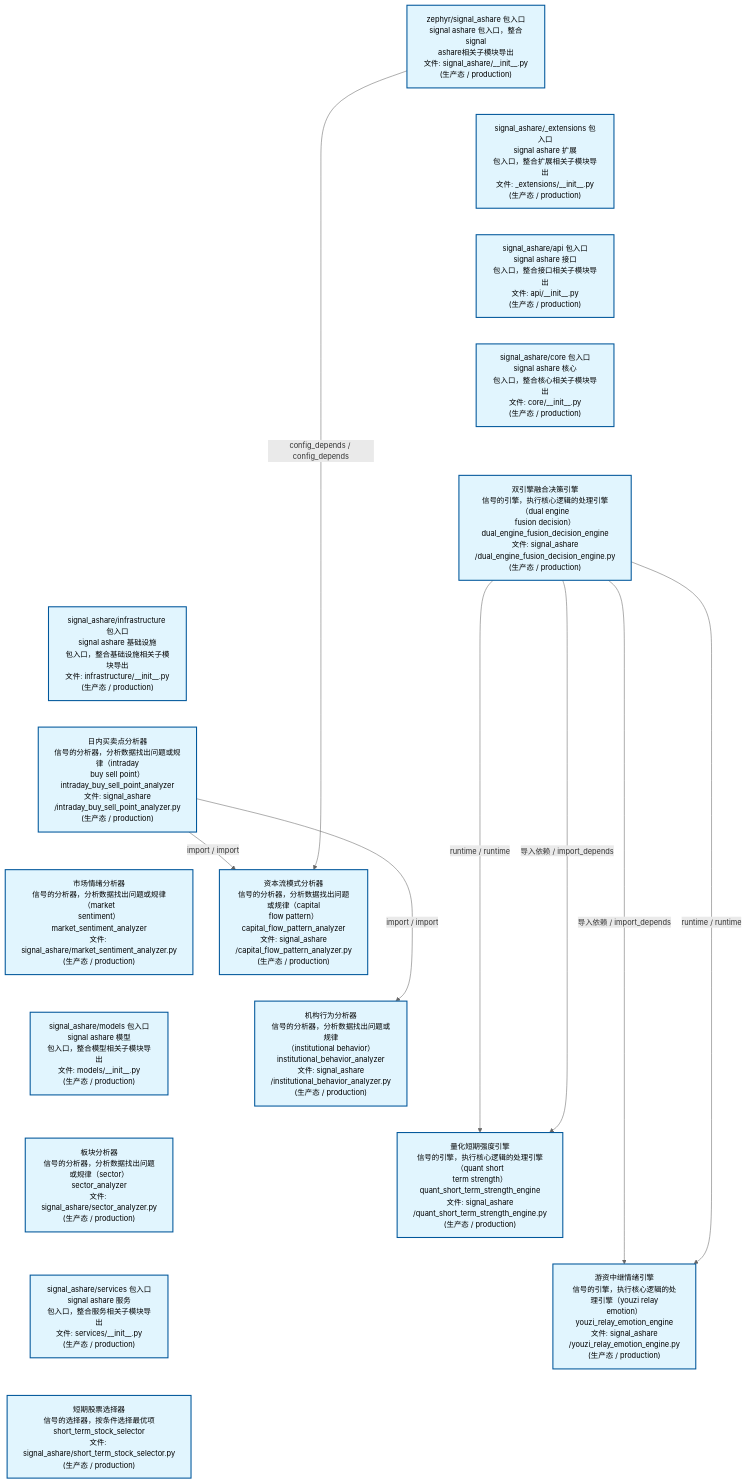
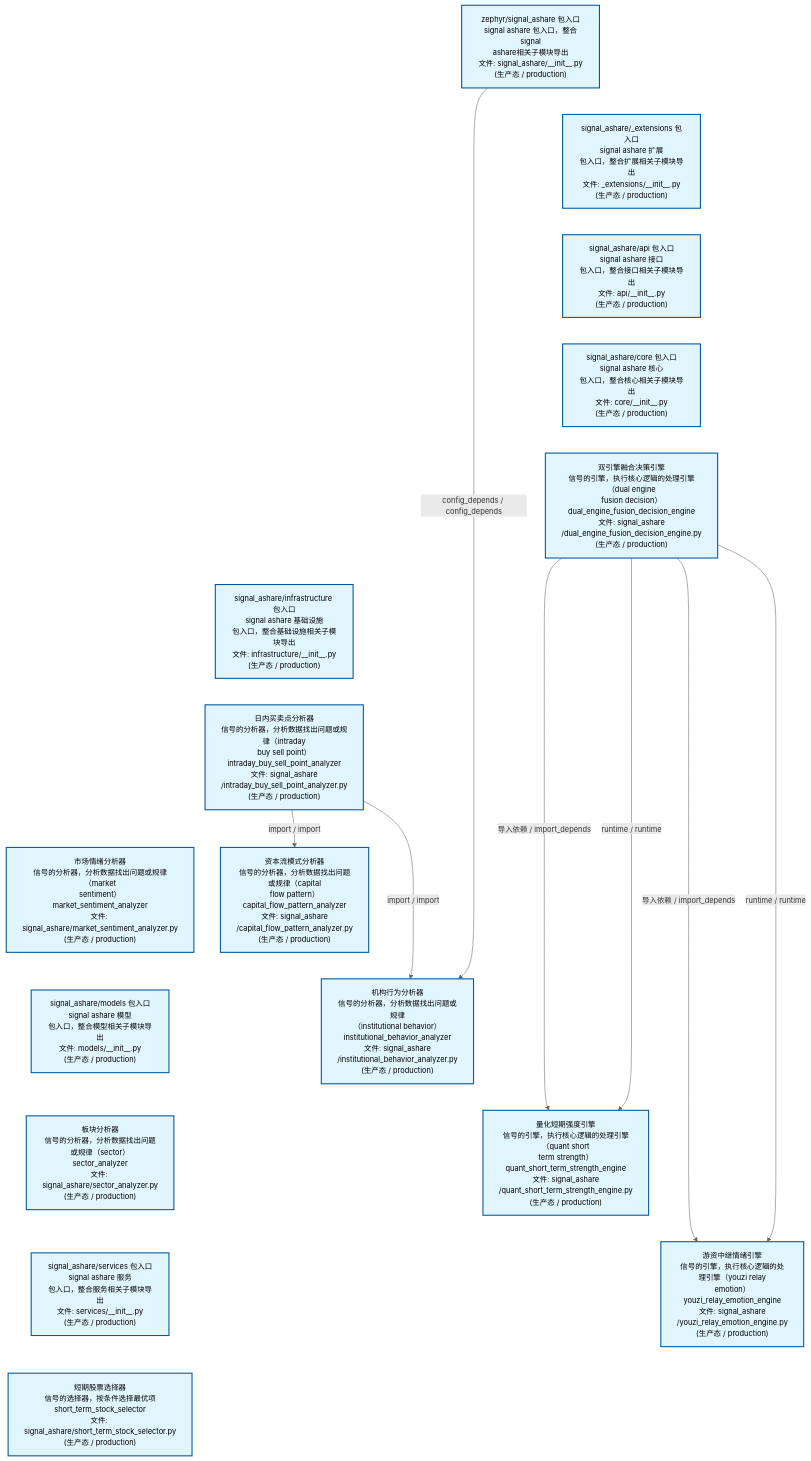
One commit to xuanFelixVan/ZephyrAlpha changed the second of 4 diagrams in docs/02_enterprise_architecture/02_domain_architecture_docs/32_d_ashare_signal.md. Above: the diagram before and after it, drawn with Mermaid. The commit also changed other lines of this file and 147 other files, not shown here.

````diff
--- a/docs/02_enterprise_architecture/02_domain_architecture_docs/32_d_ashare_signal.md
+++ b/docs/02_enterprise_architecture/02_domain_architecture_docs/32_d_ashare_signal.md
@@ -114,46 +114,46 @@
 ```mermaid
 %%{init: {'theme': 'base', 'themeVariables': {'primaryColor': '#eaeaea', 'primaryTextColor': '#333333', 'primaryBorderColor': '#666666', 'lineColor': '#666666', 'secondaryColor': '#eaeaea', 'tertiaryColor': '#eaeaea', 'fontSize': '14px'}}}%%
 flowchart TD
     src_zephyr_signal_ashare_init_py["zephyr/signal_ashare 包入口<br/>signal ashare 包入口，整合signal<br/>ashare相关子模块导出<br/>文件: signal_ashare/__init__.py<br/>(生产态 / production)"]
     src_zephyr_signal_ashare_extensions_init_py["signal_ashare/_extensions 包入口<br/>signal ashare 扩展<br/>包入口，整合扩展相关子模块导出<br/>文件: _extensions/__init__.py<br/>(生产态 / production)"]
     src_zephyr_signal_ashare_api_init_py["signal_ashare/api 包入口<br/>signal ashare 接口<br/>包入口，整合接口相关子模块导出<br/>文件: api/__init__.py<br/>(生产态 / production)"]
     src_zephyr_signal_ashare_core_init_py["signal_ashare/core 包入口<br/>signal ashare 核心<br/>包入口，整合核心相关子模块导出<br/>文件: core/__init__.py<br/>(生产态 / production)"]
     src_zephyr_signal_ashare_dual_engine_fusion_decision_engine_py["双引擎融合决策引擎<br/>信号的引擎，执行核心逻辑的处理引擎（dual engine<br/>fusion decision）<br/>dual_engine_fusion_decision_engine<br/>文件: signal_ashare<br/>/dual_engine_fusion_decision_engine.py<br/>(生产态 / production)"]
     src_zephyr_signal_ashare_infrastructure_init_py["signal_ashare/infrastructure 包入口<br/>signal ashare 基础设施<br/>包入口，整合基础设施相关子模块导出<br/>文件: infrastructure/__init__.py<br/>(生产态 / production)"]
     src_zephyr_signal_ashare_intraday_buy_sell_point_analyzer_py["日内买卖点分析器<br/>信号的分析器，分析数据找出问题或规律（intraday<br/>buy sell point）<br/>intraday_buy_sell_point_analyzer<br/>文件: signal_ashare<br/>/intraday_buy_sell_point_analyzer.py<br/>(生产态 / production)"]
     src_zephyr_signal_ashare_market_sentiment_analyzer_py["市场情绪分析器<br/>信号的分析器，分析数据找出问题或规律（market<br/>sentiment）<br/>market_sentiment_analyzer<br/>文件: signal_ashare/market_sentiment_analyzer.py<br/>(生产态 / production)"]
     src_zephyr_signal_ashare_models_init_py["signal_ashare/models 包入口<br/>signal ashare 模型<br/>包入口，整合模型相关子模块导出<br/>文件: models/__init__.py<br/>(生产态 / production)"]
     src_zephyr_signal_ashare_sector_analyzer_py["板块分析器<br/>信号的分析器，分析数据找出问题或规律（sector）<br/>sector_analyzer<br/>文件: signal_ashare/sector_analyzer.py<br/>(生产态 / production)"]
     src_zephyr_signal_ashare_services_init_py["signal_ashare/services 包入口<br/>signal ashare 服务<br/>包入口，整合服务相关子模块导出<br/>文件: services/__init__.py<br/>(生产态 / production)"]
     src_zephyr_signal_ashare_short_term_stock_selector_py["短期股票选择器<br/>信号的选择器，按条件选择最优项<br/>short_term_stock_selector<br/>文件: signal_ashare/short_term_stock_selector.py<br/>(生产态 / production)"]
     src_zephyr_signal_ashare_init_py ~~~ src_zephyr_signal_ashare_extensions_init_py
     src_zephyr_signal_ashare_extensions_init_py ~~~ src_zephyr_signal_ashare_api_init_py
     src_zephyr_signal_ashare_api_init_py ~~~ src_zephyr_signal_ashare_core_init_py
     src_zephyr_signal_ashare_core_init_py ~~~ src_zephyr_signal_ashare_dual_engine_fusion_decision_engine_py
     src_zephyr_signal_ashare_dual_engine_fusion_decision_engine_py ~~~ src_zephyr_signal_ashare_infrastructure_init_py
     src_zephyr_signal_ashare_infrastructure_init_py ~~~ src_zephyr_signal_ashare_intraday_buy_sell_point_analyzer_py
     src_zephyr_signal_ashare_intraday_buy_sell_point_analyzer_py ~~~ src_zephyr_signal_ashare_market_sentiment_analyzer_py
     src_zephyr_signal_ashare_market_sentiment_analyzer_py ~~~ src_zephyr_signal_ashare_models_init_py
     src_zephyr_signal_ashare_models_init_py ~~~ src_zephyr_signal_ashare_sector_analyzer_py
     src_zephyr_signal_ashare_sector_analyzer_py ~~~ src_zephyr_signal_ashare_services_init_py
     src_zephyr_signal_ashare_services_init_py ~~~ src_zephyr_signal_ashare_short_term_stock_selector_py
     src_zephyr_signal_ashare_capital_flow_pattern_analyzer_py["资本流模式分析器<br/>信号的分析器，分析数据找出问题或规律（capital<br/>flow pattern）<br/>capital_flow_pattern_analyzer<br/>文件: signal_ashare<br/>/capital_flow_pattern_analyzer.py<br/>(生产态 / production)"]
     src_zephyr_signal_ashare_institutional_behavior_analyzer_py["机构行为分析器<br/>信号的分析器，分析数据找出问题或规律<br/>（institutional behavior）<br/>institutional_behavior_analyzer<br/>文件: signal_ashare<br/>/institutional_behavior_analyzer.py<br/>(生产态 / production)"]
     src_zephyr_signal_ashare_quant_short_term_strength_engine_py["量化短期强度引擎<br/>信号的引擎，执行核心逻辑的处理引擎（quant short<br/>term strength）<br/>quant_short_term_strength_engine<br/>文件: signal_ashare<br/>/quant_short_term_strength_engine.py<br/>(生产态 / production)"]
     src_zephyr_signal_ashare_youzi_relay_emotion_engine_py["游资中继情绪引擎<br/>信号的引擎，执行核心逻辑的处理引擎（youzi relay<br/>emotion）<br/>youzi_relay_emotion_engine<br/>文件: signal_ashare<br/>/youzi_relay_emotion_engine.py<br/>(生产态 / production)"]
     src_zephyr_signal_ashare_capital_flow_pattern_analyzer_py ~~~ src_zephyr_signal_ashare_institutional_behavior_analyzer_py
     src_zephyr_signal_ashare_institutional_behavior_analyzer_py ~~~ src_zephyr_signal_ashare_quant_short_term_strength_engine_py
     src_zephyr_signal_ashare_quant_short_term_strength_engine_py ~~~ src_zephyr_signal_ashare_youzi_relay_emotion_engine_py
-    src_zephyr_signal_ashare_intraday_buy_sell_point_analyzer_py -->|import / import| src_zephyr_signal_ashare_capital_flow_pattern_analyzer_py
-    src_zephyr_signal_ashare_intraday_buy_sell_point_analyzer_py -->|import / import| src_zephyr_signal_ashare_institutional_behavior_analyzer_py
+    src_zephyr_signal_ashare_dual_engine_fusion_decision_engine_py -->|导入依赖 / import_depends| src_zephyr_signal_ashare_quant_short_term_strength_engine_py
     src_zephyr_signal_ashare_dual_engine_fusion_decision_engine_py -->|runtime / runtime| src_zephyr_signal_ashare_quant_short_term_strength_engine_py
-    src_zephyr_signal_ashare_dual_engine_fusion_decision_engine_py -->|导入依赖 / import_depends| src_zephyr_signal_ashare_quant_short_term_strength_engine_py
     src_zephyr_signal_ashare_dual_engine_fusion_decision_engine_py -->|导入依赖 / import_depends| src_zephyr_signal_ashare_youzi_relay_emotion_engine_py
     src_zephyr_signal_ashare_dual_engine_fusion_decision_engine_py -->|runtime / runtime| src_zephyr_signal_ashare_youzi_relay_emotion_engine_py
-    src_zephyr_signal_ashare_init_py -->|config_depends / config_depends| src_zephyr_signal_ashare_capital_flow_pattern_analyzer_py
+    src_zephyr_signal_ashare_intraday_buy_sell_point_analyzer_py -->|import / import| src_zephyr_signal_ashare_institutional_behavior_analyzer_py
+    src_zephyr_signal_ashare_intraday_buy_sell_point_analyzer_py -->|import / import| src_zephyr_signal_ashare_capital_flow_pattern_analyzer_py
+    src_zephyr_signal_ashare_init_py -->|config_depends / config_depends| src_zephyr_signal_ashare_institutional_behavior_analyzer_py
     classDef production fill:#e1f5fe,stroke:#01579b,stroke-width:2px,color:#000
     classDef design fill:#fff3e0,stroke:#e65100,stroke-width:2px,color:#000,stroke-dasharray: 5 5
     classDef external_prod fill:#e8f4fd,stroke:#0277bd,stroke-width:1px,color:#000
     classDef external_design fill:#fff8e7,stroke:#ef6c00,stroke-width:1px,color:#000,stroke-dasharray: 5 5
     class src_zephyr_signal_ashare_init_py,src_zephyr_signal_ashare_extensions_init_py,src_zephyr_signal_ashare_api_init_py,src_zephyr_signal_ashare_capital_flow_pattern_analyzer_py,src_zephyr_signal_ashare_core_init_py,src_zephyr_signal_ashare_dual_engine_fusion_decision_engine_py,src_zephyr_signal_ashare_infrastructure_init_py,src_zephyr_signal_ashare_institutional_behavior_analyzer_py,src_zephyr_signal_ashare_intraday_buy_sell_point_analyzer_py,src_zephyr_signal_ashare_market_sentiment_analyzer_py,src_zephyr_signal_ashare_models_init_py,src_zephyr_signal_ashare_quant_short_term_strength_engine_py,src_zephyr_signal_ashare_sector_analyzer_py,src_zephyr_signal_ashare_services_init_py,src_zephyr_signal_ashare_short_term_stock_selector_py,src_zephyr_signal_ashare_youzi_relay_emotion_engine_py production
 ```
````
